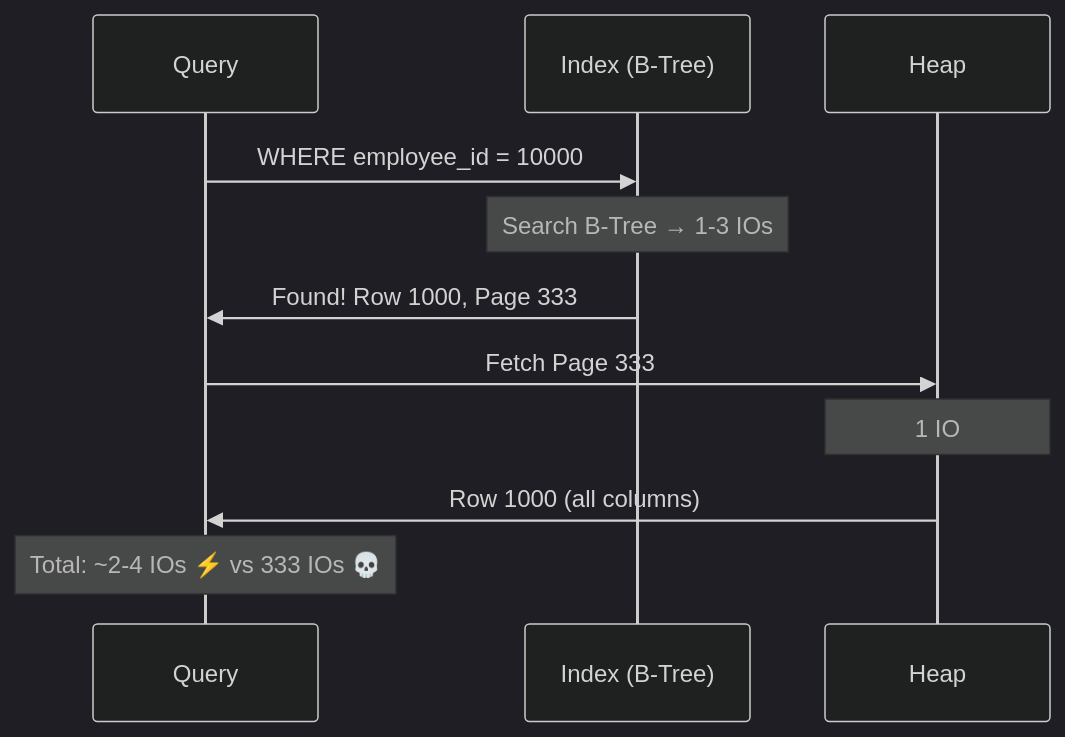
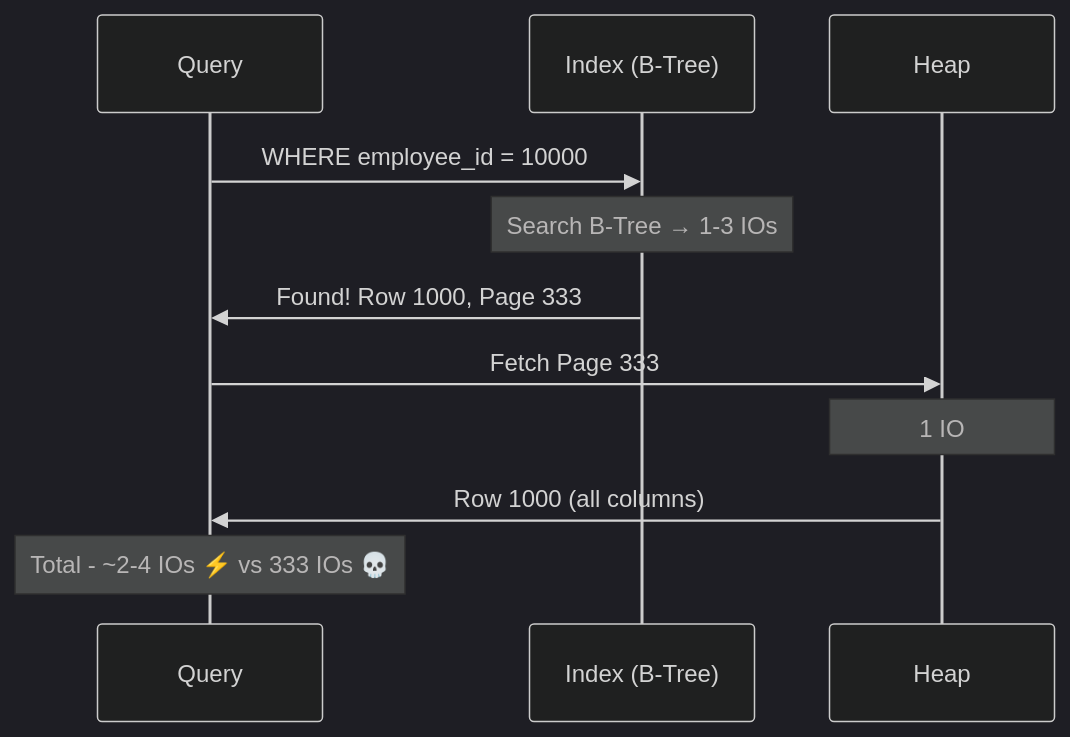
Before and after one commit to Patel-Neel-346/Notes: the sixth of 9 diagrams in Database/Database Internals/Storage & Indexing.md, drawn with Mermaid (dark theme). The commit also changed 9 other files, not shown here.

````diff
--- a/Database/Database Internals/Storage & Indexing.md
+++ b/Database/Database Internals/Storage & Indexing.md
@@ -396,15 +396,15 @@
 ```mermaid
 sequenceDiagram
     participant Q as Query
     participant Idx as Index (B-Tree)
     participant Heap as Heap
 
     Q->>Idx: WHERE employee_id = 10000
     Note over Idx: Search B-Tree → 1-3 IOs
     Idx->>Q: Found! Row 1000, Page 333
 
     Q->>Heap: Fetch Page 333
     Note over Heap: 1 IO
     Heap->>Q: Row 1000 (all columns)
-    Note over Q: Total: ~2-4 IOs ⚡ vs 333 IOs 💀
+    Note over Q: Total - ~2-4 IOs ⚡ vs 333 IOs 💀
 ```
````
